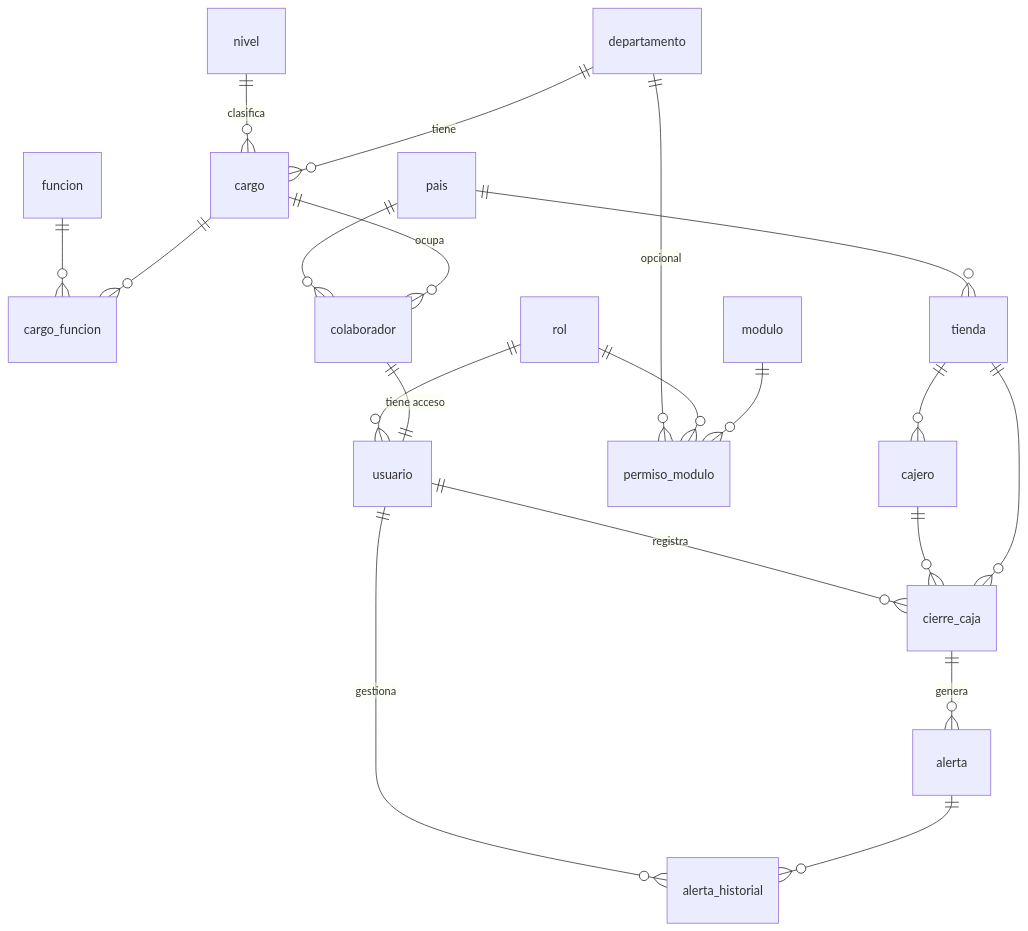
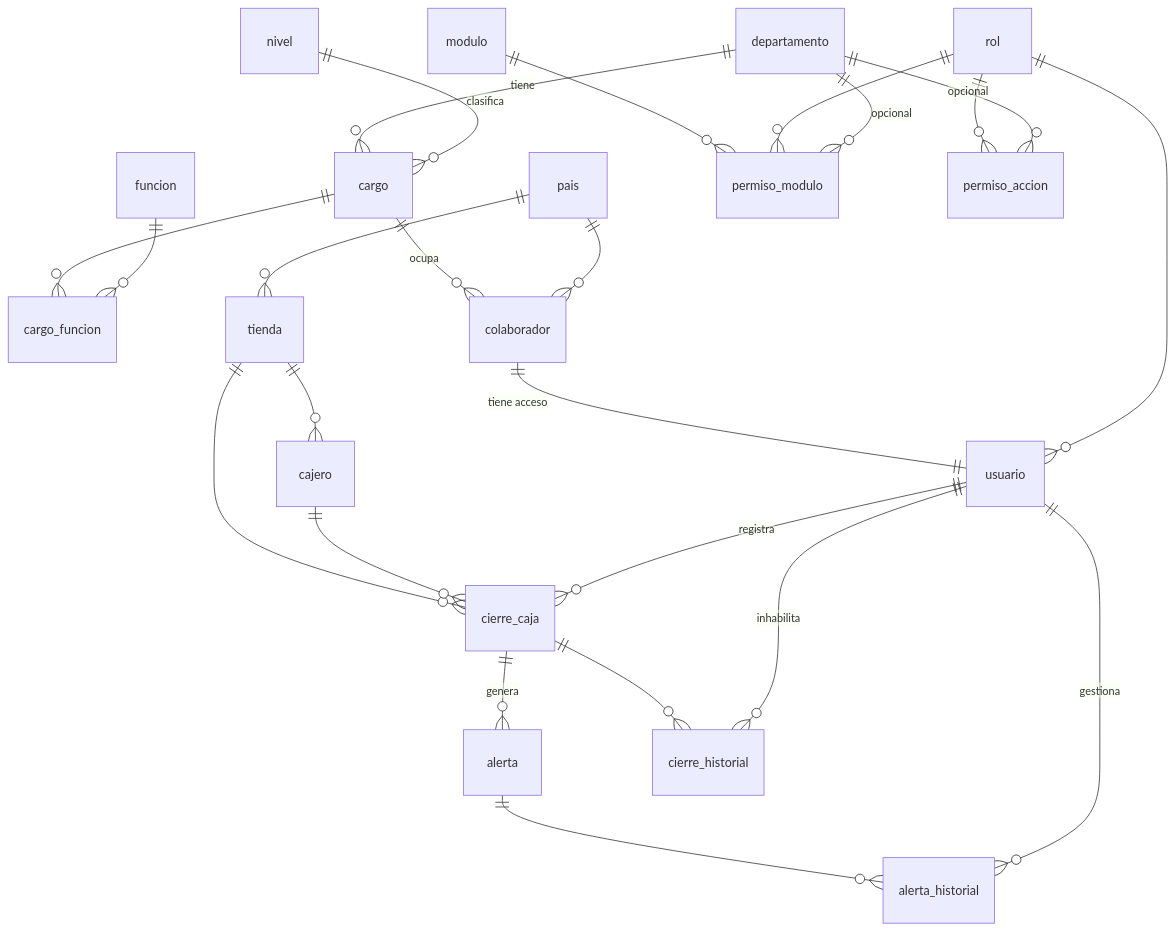
One commit to Andresgbe/portal-vp-finanzas changed the diagram in docs/DECISIONES.md. Above: the diagram before and after it, drawn with Mermaid. The commit also changed other lines of this file and 3 other files, not shown here.

````diff
--- a/docs/DECISIONES.md
+++ b/docs/DECISIONES.md
@@ -19,22 +19,26 @@
 ```mermaid
 erDiagram
     departamento ||--o{ cargo : tiene
     nivel ||--o{ cargo : clasifica
     cargo ||--o{ cargo_funcion : ""
     funcion ||--o{ cargo_funcion : ""
     cargo ||--o{ colaborador : ocupa
     pais ||--o{ colaborador : ""
     colaborador ||--|| usuario : "tiene acceso"
     rol ||--o{ usuario : ""
     modulo ||--o{ permiso_modulo : ""
     rol ||--o{ permiso_modulo : ""
     departamento ||--o{ permiso_modulo : "opcional"
     pais ||--o{ tienda : ""
     tienda ||--o{ cajero : ""
     tienda ||--o{ cierre_caja : ""
     cajero ||--o{ cierre_caja : ""
     usuario ||--o{ cierre_caja : registra
     cierre_caja ||--o{ alerta : genera
     alerta ||--o{ alerta_historial : ""
+    cierre_caja ||--o{ cierre_historial : ""
+    usuario ||--o{ cierre_historial : inhabilita
+    rol ||--o{ permiso_accion : ""
+    departamento ||--o{ permiso_accion : "opcional"
     usuario ||--o{ alerta_historial : gestiona
 ```
````
